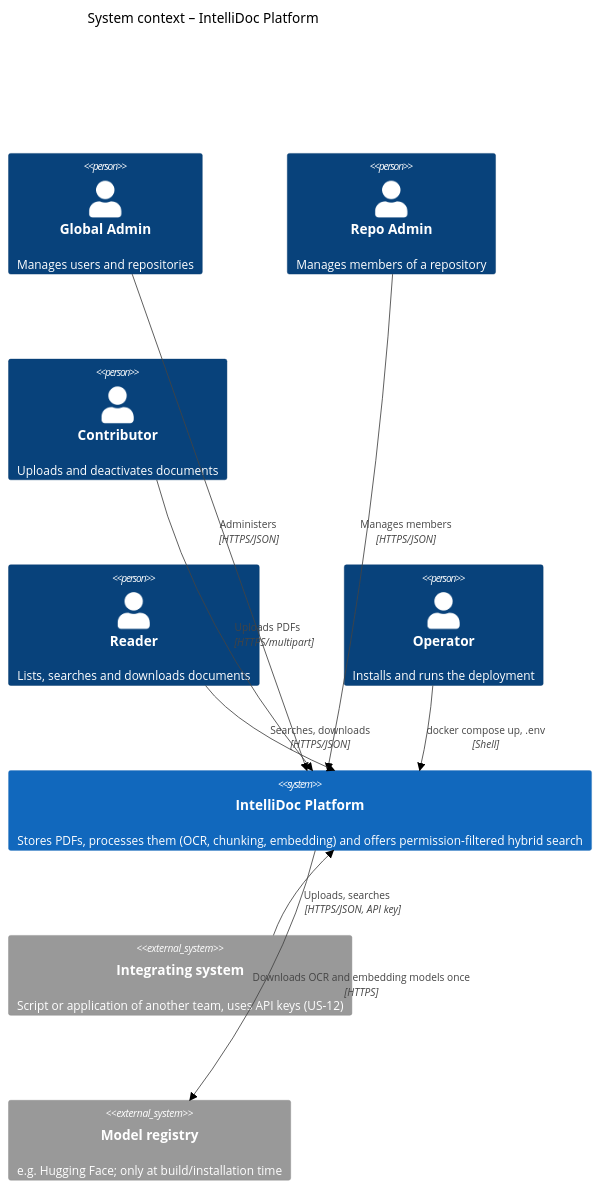
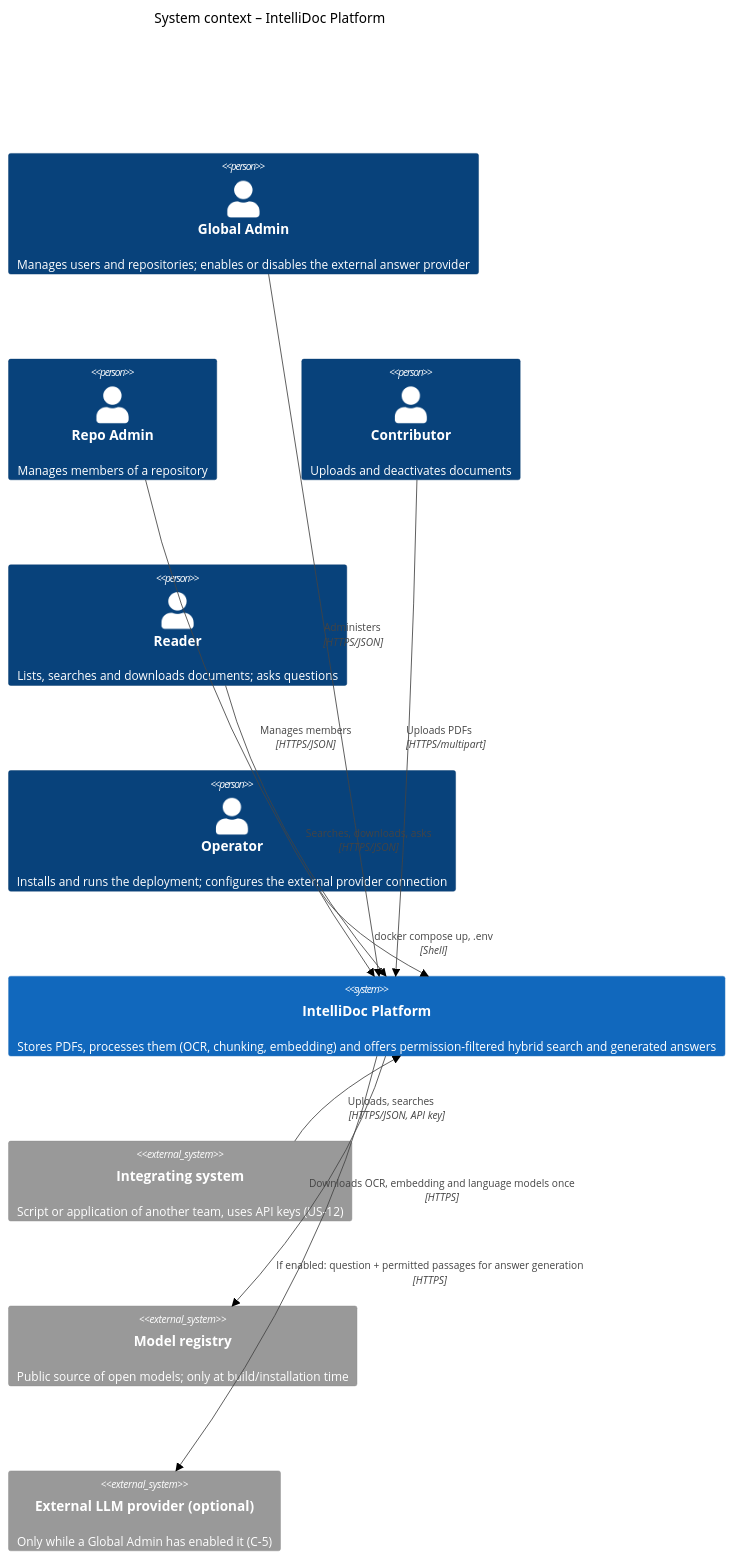
Before and after one commit to viktormandlbauer/intellidoc-platform: the first of 4 diagrams in docs/architecture.md, drawn with Mermaid (forest theme). The commit also changed other lines of this file and 22 other files, not shown here.

````diff
--- a/docs/architecture.md
+++ b/docs/architecture.md
@@ -42,25 +47,27 @@
 ```mermaid
 C4Context
   title System context – IntelliDoc Platform
 
-  Person(gadmin, "Global Admin", "Manages users and repositories")
+  Person(gadmin, "Global Admin", "Manages users and repositories; enables or disables the external answer provider")
   Person(radmin, "Repo Admin", "Manages members of a repository")
   Person(contrib, "Contributor", "Uploads and deactivates documents")
-  Person(reader, "Reader", "Lists, searches and downloads documents")
-  Person(operator, "Operator", "Installs and runs the deployment")
+  Person(reader, "Reader", "Lists, searches and downloads documents; asks questions")
+  Person(operator, "Operator", "Installs and runs the deployment; configures the external provider connection")
 
-  System(intellidoc, "IntelliDoc Platform", "Stores PDFs, processes them (OCR, chunking, embedding) and offers permission-filtered hybrid search")
+  System(intellidoc, "IntelliDoc Platform", "Stores PDFs, processes them (OCR, chunking, embedding) and offers permission-filtered hybrid search and generated answers")
 
   System_Ext(integrator, "Integrating system", "Script or application of another team, uses API keys (US-12)")
-  System_Ext(modelhub, "Model registry", "e.g. Hugging Face; only at build/installation time")
+  System_Ext(modelhub, "Model registry", "Public source of open models; only at build/installation time")
+  System_Ext(llmprov, "External LLM provider (optional)", "Only while a Global Admin has enabled it (C-5)")
 
   Rel(gadmin, intellidoc, "Administers", "HTTPS/JSON")
   Rel(radmin, intellidoc, "Manages members", "HTTPS/JSON")
   Rel(contrib, intellidoc, "Uploads PDFs", "HTTPS/multipart")
-  Rel(reader, intellidoc, "Searches, downloads", "HTTPS/JSON")
+  Rel(reader, intellidoc, "Searches, downloads, asks", "HTTPS/JSON")
   Rel(integrator, intellidoc, "Uploads, searches", "HTTPS/JSON, API key")
   Rel(operator, intellidoc, "docker compose up, .env", "Shell")
-  Rel(intellidoc, modelhub, "Downloads OCR and embedding models once", "HTTPS")
+  Rel(intellidoc, modelhub, "Downloads OCR, embedding and language models once", "HTTPS")
+  Rel(intellidoc, llmprov, "If enabled: question + permitted passages for answer generation", "HTTPS")
 
   UpdateLayoutConfig($c4ShapeInRow="5", $c4BoundaryInRow="1")
 ```
````
